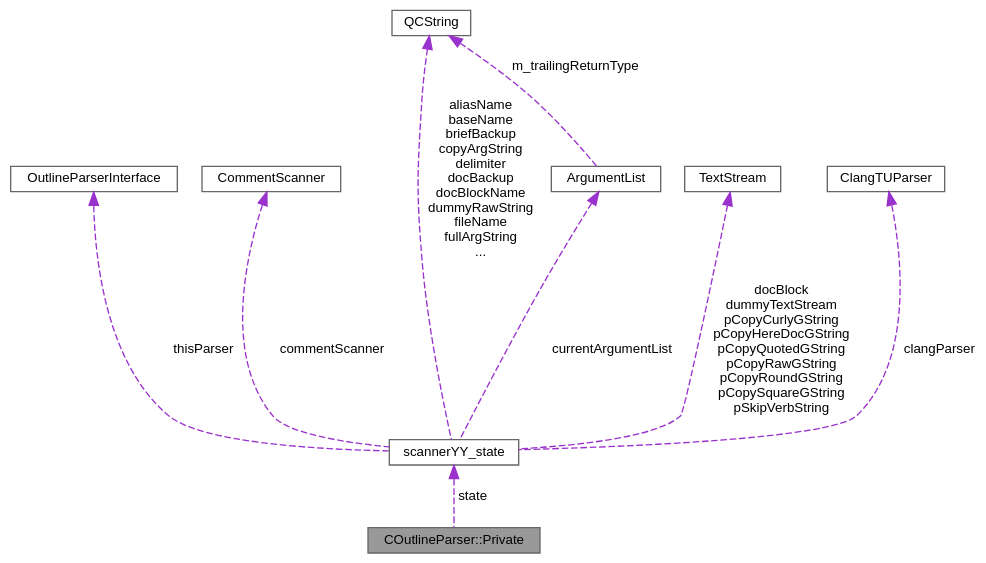
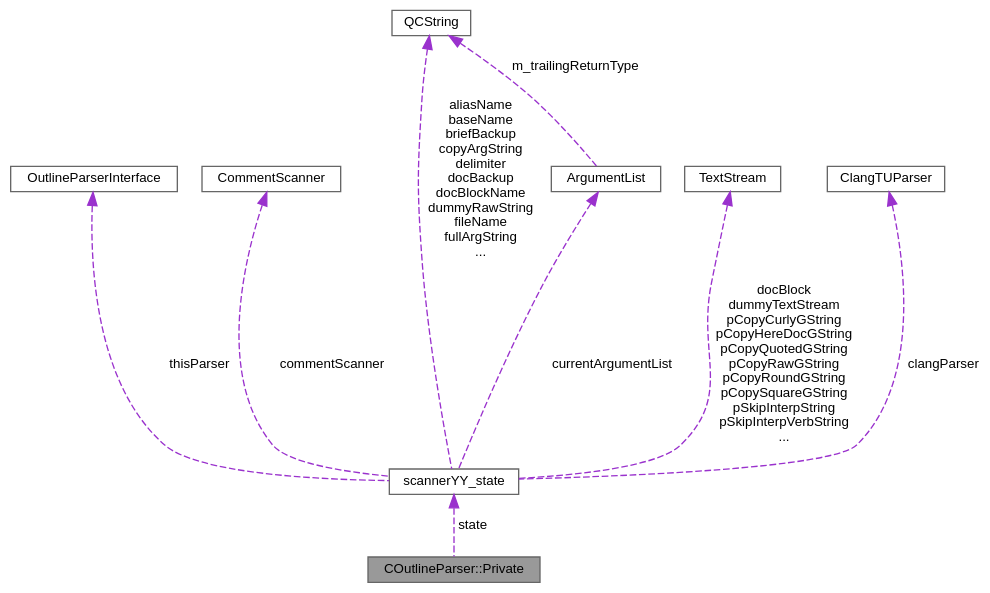
The diagram in da/df6/struct_c_outline_parser_1_1_private__coll__graph.dot (tim-gromeyer/doxygen), drawn with Graphviz before and after one commit. The commit also changed 186 other files, not shown here.

```diff
--- a/da/df6/struct_c_outline_parser_1_1_private__coll__graph.dot
+++ b/da/df6/struct_c_outline_parser_1_1_private__coll__graph.dot
@@ -1,24 +1,24 @@
 digraph "COutlineParser::Private"
 {
  // INTERACTIVE_SVG=YES
  // LATEX_PDF_SIZE
   bgcolor="transparent";
   edge [fontname=Helvetica,fontsize=10,labelfontname=Helvetica,labelfontsize=10];
   node [fontname=Helvetica,fontsize=10,shape=box,height=0.2,width=0.4];
   Node1 [label="COutlineParser::Private",height=0.2,width=0.4,color="gray40", fillcolor="grey60", style="filled", fontcolor="black",tooltip=" "];
   Node2 -> Node1 [dir="back",color="darkorchid3",style="dashed",label=" state" ];
   Node2 [label="scannerYY_state",height=0.2,width=0.4,color="gray40", fillcolor="white", style="filled",URL="$d4/dfb/structscanner_y_y__state.html",tooltip=" "];
   Node3 -> Node2 [dir="back",color="darkorchid3",style="dashed",label=" thisParser" ];
   Node3 [label="OutlineParserInterface",height=0.2,width=0.4,color="gray40", fillcolor="white", style="filled",URL="$d5/d79/class_outline_parser_interface.html",tooltip="Abstract interface for outline parsers."];
   Node4 -> Node2 [dir="back",color="darkorchid3",style="dashed",label=" commentScanner" ];
   Node4 [label="CommentScanner",height=0.2,width=0.4,color="gray40", fillcolor="white", style="filled",URL="$d0/d6b/class_comment_scanner.html",tooltip=" "];
   Node5 -> Node2 [dir="back",color="darkorchid3",style="dashed",label=" aliasName\nbaseName\nbriefBackup\ncopyArgString\ndelimiter\ndocBackup\ndocBlockName\ndummyRawString\nfileName\nfullArgString\n..." ];
   Node5 [label="QCString",height=0.2,width=0.4,color="gray40", fillcolor="white", style="filled",URL="$d9/d45/class_q_c_string.html",tooltip="This is an alternative implementation of QCString."];
   Node6 -> Node2 [dir="back",color="darkorchid3",style="dashed",label=" currentArgumentList" ];
   Node6 [label="ArgumentList",height=0.2,width=0.4,color="gray40", fillcolor="white", style="filled",URL="$d7/df8/class_argument_list.html",tooltip="This class represents an function or template argument list."];
   Node5 -> Node6 [dir="back",color="darkorchid3",style="dashed",label=" m_trailingReturnType" ];
-  Node7 -> Node2 [dir="back",color="darkorchid3",style="dashed",label=" docBlock\ndummyTextStream\npCopyCurlyGString\npCopyHereDocGString\npCopyQuotedGString\npCopyRawGString\npCopyRoundGString\npCopySquareGString\npSkipVerbString" ];
+  Node7 -> Node2 [dir="back",color="darkorchid3",style="dashed",label=" docBlock\ndummyTextStream\npCopyCurlyGString\npCopyHereDocGString\npCopyQuotedGString\npCopyRawGString\npCopyRoundGString\npCopySquareGString\npSkipInterpString\npSkipInterpVerbString\n..." ];
   Node7 [label="TextStream",height=0.2,width=0.4,color="gray40", fillcolor="white", style="filled",URL="$d3/d30/class_text_stream.html",tooltip="Text streaming class that buffers data."];
   Node8 -> Node2 [dir="back",color="darkorchid3",style="dashed",label=" clangParser" ];
   Node8 [label="ClangTUParser",height=0.2,width=0.4,color="gray40", fillcolor="white", style="filled",URL="$dd/df8/class_clang_t_u_parser.html",tooltip="Clang parser object for a single translation unit, which consists of a source file and the directly o..."];
 }
```
